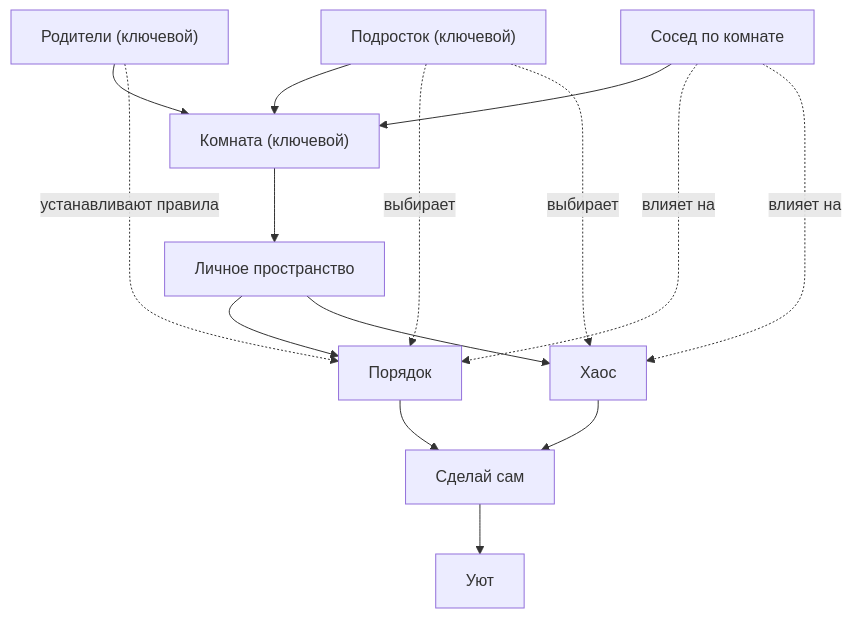
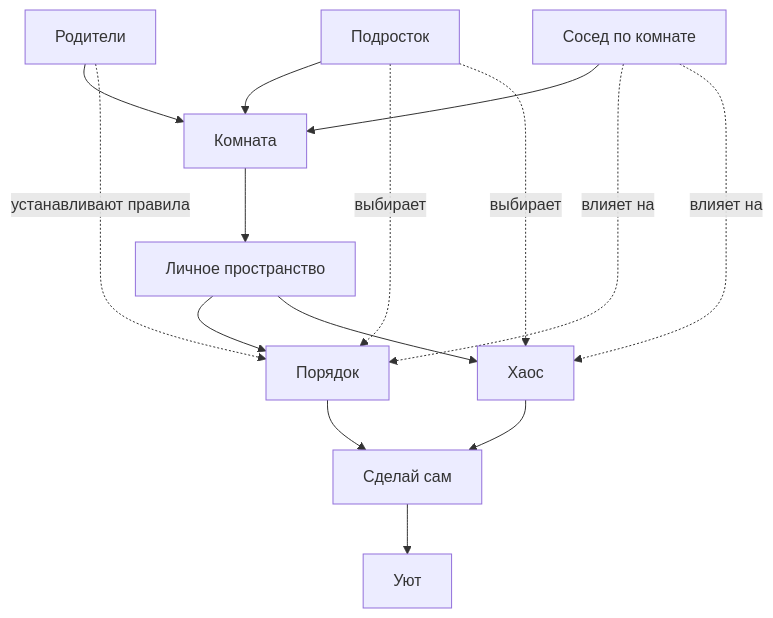
Before and after one commit to tastefulKeypad/2026_Teenbook: the diagram in WORK/me_and_my_everyday_life/my_space/images/ontology_my_space.mmd, drawn with Mermaid.

Commit message:
Updated 'my_space' ontology

```diff
--- a/WORK/me_and_my_everyday_life/my_space/images/ontology_my_space.mmd
+++ b/WORK/me_and_my_everyday_life/my_space/images/ontology_my_space.mmd
@@ -1,31 +1,31 @@
 flowchart TD
-    Подросток["Подросток (ключевой)"]
-    Комната["Комната (ключевой)"]
-    Родители["Родители (ключевой)"]
+    Подросток["Подросток"]
+    Комната["Комната"]
+    Родители["Родители"]
     
     Сосед["Сосед по комнате"]
     ЛичноеПространство["Личное пространство"]
     СделайСам["Сделай сам"]
     Порядок["Порядок"]
     Хаос["Хаос"]
     Уют["Уют"]
     
     Подросток --> Комната
     Родители --> Комната
     Сосед --> Комната
     
     Комната --> ЛичноеПространство
     
     ЛичноеПространство --> Порядок
     ЛичноеПространство --> Хаос
     
     Порядок --> СделайСам
     Хаос --> СделайСам
     
     СделайСам --> Уют
     
     Родители -.->|устанавливают правила| Порядок
     Сосед -.->|влияет на| Порядок
     Сосед -.->|влияет на| Хаос
     Подросток -.->|выбирает| Порядок
     Подросток -.->|выбирает| Хаос
```
